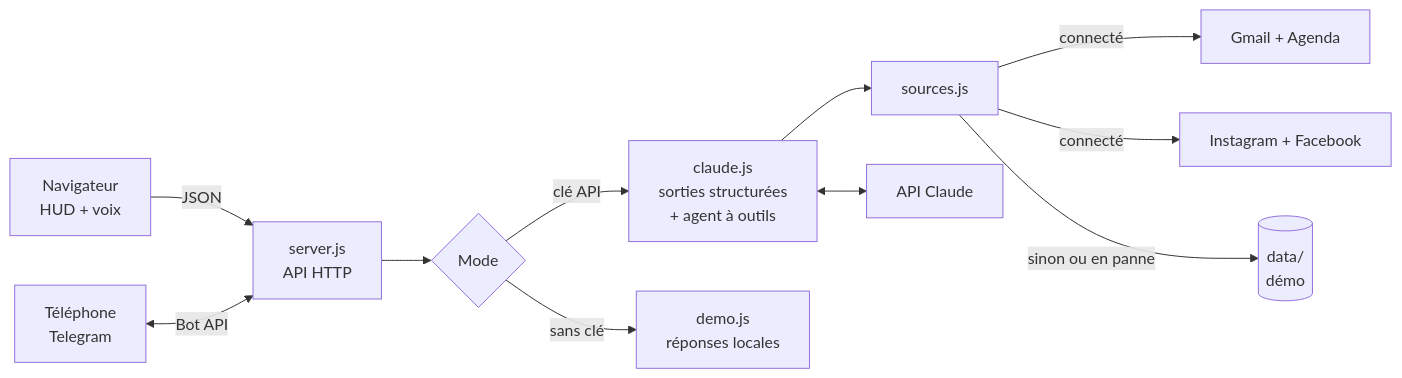
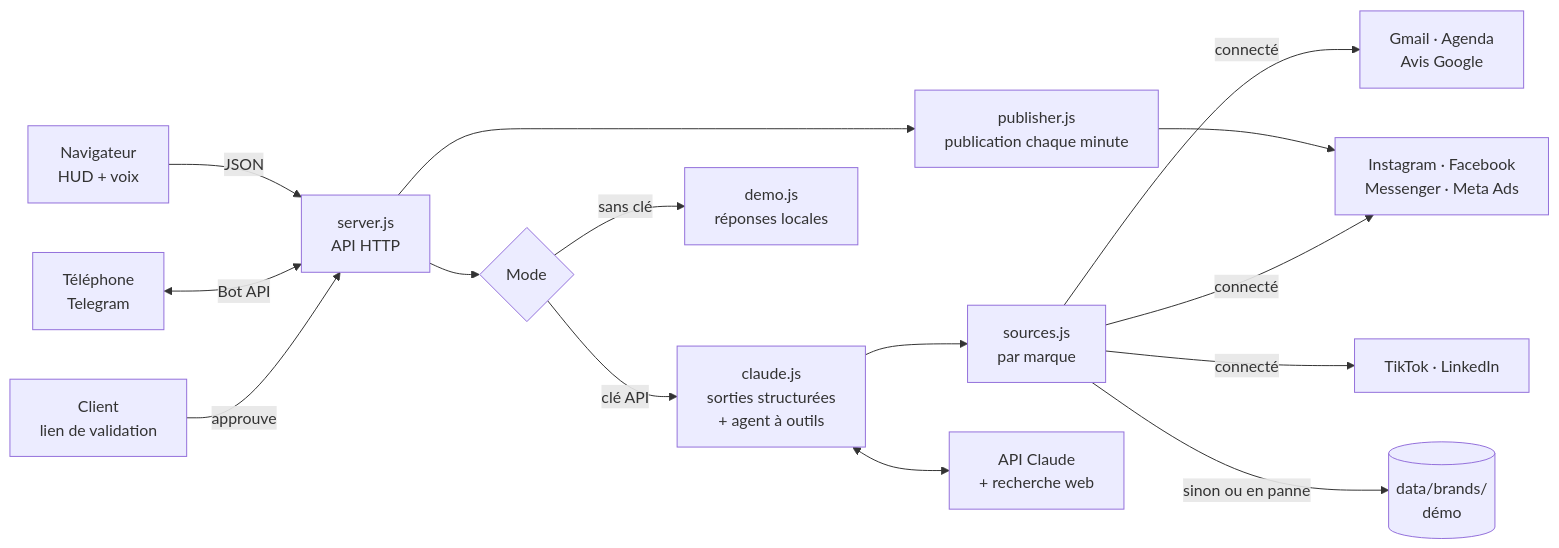
Before and after one commit to sikati7/Jurgenita: the diagram in README.md, drawn with Mermaid. The commit also changed other lines of this file and 50 other files, not shown here.

````diff
--- a/README.md
+++ b/README.md
@@ -62,13 +73,17 @@
 ```mermaid
 flowchart LR
   UI["Navigateur<br/>HUD + voix"] -->|JSON| API["server.js<br/>API HTTP"]
   TG["Téléphone<br/>Telegram"] <-->|Bot API| API
   API --> BRAIN{"Mode"}
   BRAIN -->|clé API| CLAUDE["claude.js<br/>sorties structurées<br/>+ agent à outils"]
   BRAIN -->|sans clé| DEMO["demo.js<br/>réponses locales"]
-  CLAUDE --> SRC["sources.js"]
-  SRC -->|connecté| G["Gmail + Agenda"]
-  SRC -->|connecté| M["Instagram + Facebook"]
-  SRC -->|sinon ou en panne| DATA[("data/<br/>démo")]
-  CLAUDE <--> ANTH["API Claude"]
+  CLIENT["Client<br/>lien de validation"] -->|approuve| API
+  API --> PUB["publisher.js<br/>publication chaque minute"]
+  CLAUDE --> SRC["sources.js<br/>par marque"]
+  PUB --> M
+  SRC -->|connecté| G["Gmail · Agenda<br/>Avis Google"]
+  SRC -->|connecté| M["Instagram · Facebook<br/>Messenger · Meta Ads"]
+  SRC -->|connecté| T["TikTok · LinkedIn"]
+  SRC -->|sinon ou en panne| DATA[("data/brands/<br/>démo")]
+  CLAUDE <--> ANTH["API Claude<br/>+ recherche web"]
 ```
````
